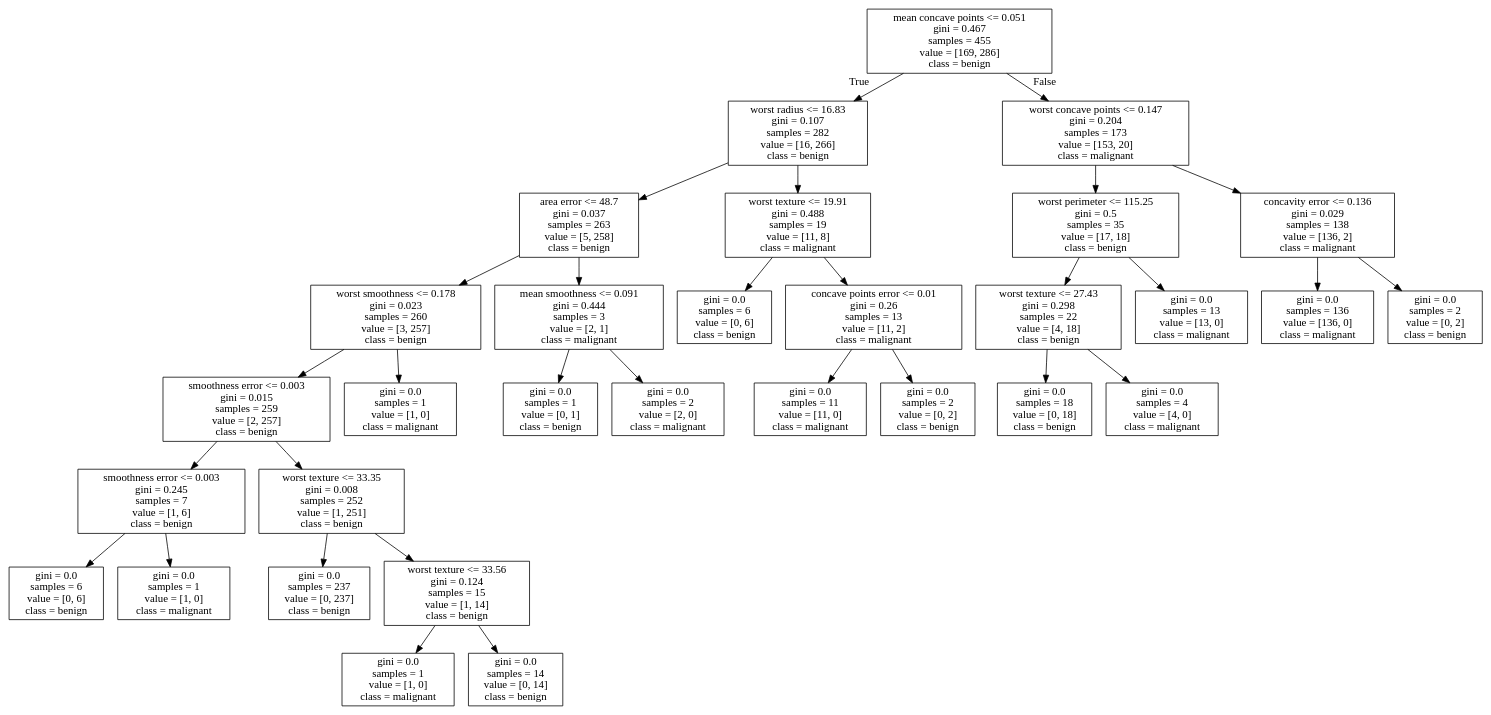
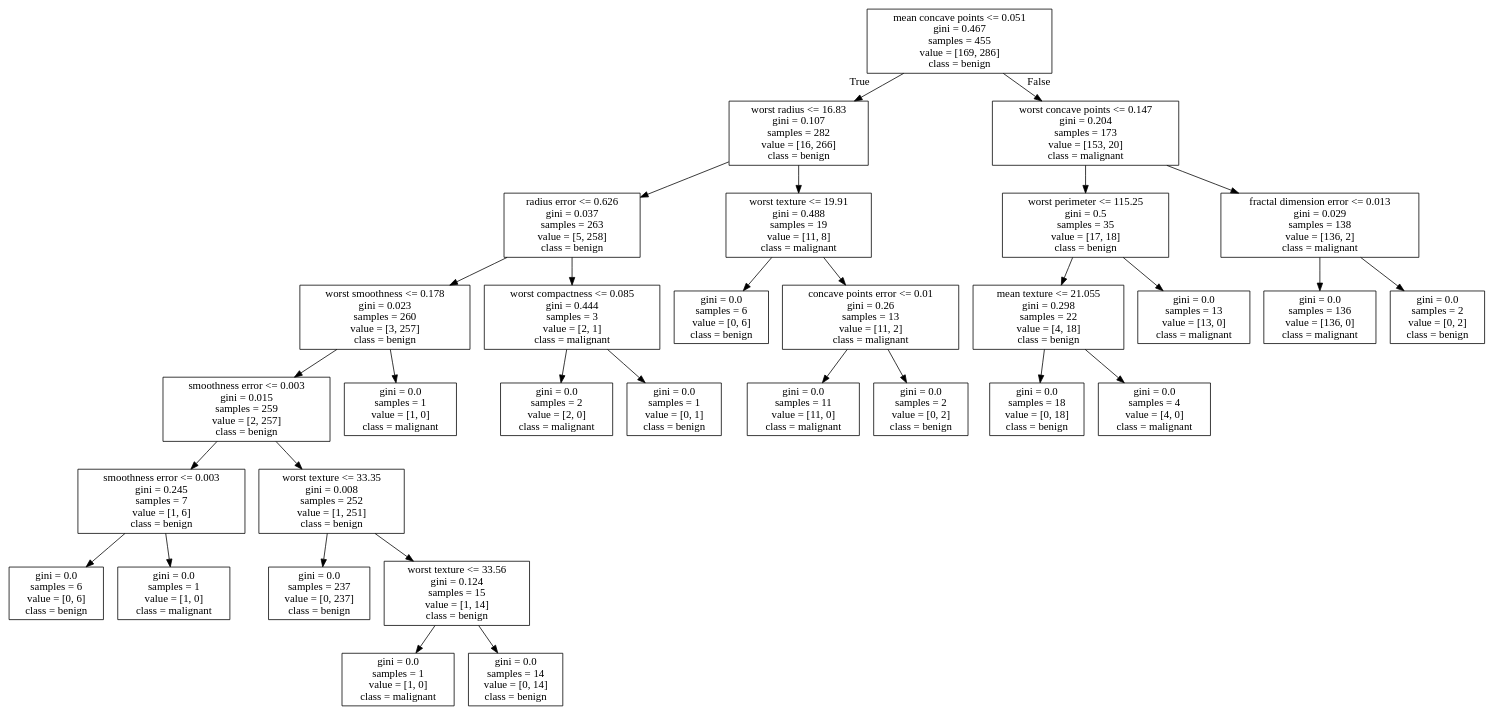
The diagram in lab5/lab5/tree.dot (Edisson-UDA/practicasIA), drawn with Graphviz before and after one commit. The commit also changed 1 other file, not shown here.

```diff
--- a/lab5/lab5/tree.dot
+++ b/lab5/lab5/tree.dot
@@ -1,64 +1,64 @@
 digraph Tree {
 node [shape=box] ;
 0 [label="mean concave points <= 0.051\ngini = 0.467\nsamples = 455\nvalue = [169, 286]\nclass = benign"] ;
 1 [label="worst radius <= 16.83\ngini = 0.107\nsamples = 282\nvalue = [16, 266]\nclass = benign"] ;
 0 -> 1 [labeldistance=2.5, labelangle=45, headlabel="True"] ;
-2 [label="area error <= 48.7\ngini = 0.037\nsamples = 263\nvalue = [5, 258]\nclass = benign"] ;
+2 [label="radius error <= 0.626\ngini = 0.037\nsamples = 263\nvalue = [5, 258]\nclass = benign"] ;
 1 -> 2 ;
 3 [label="worst smoothness <= 0.178\ngini = 0.023\nsamples = 260\nvalue = [3, 257]\nclass = benign"] ;
 2 -> 3 ;
 4 [label="smoothness error <= 0.003\ngini = 0.015\nsamples = 259\nvalue = [2, 257]\nclass = benign"] ;
 3 -> 4 ;
 5 [label="smoothness error <= 0.003\ngini = 0.245\nsamples = 7\nvalue = [1, 6]\nclass = benign"] ;
 4 -> 5 ;
 6 [label="gini = 0.0\nsamples = 6\nvalue = [0, 6]\nclass = benign"] ;
 5 -> 6 ;
 7 [label="gini = 0.0\nsamples = 1\nvalue = [1, 0]\nclass = malignant"] ;
 5 -> 7 ;
 8 [label="worst texture <= 33.35\ngini = 0.008\nsamples = 252\nvalue = [1, 251]\nclass = benign"] ;
 4 -> 8 ;
 9 [label="gini = 0.0\nsamples = 237\nvalue = [0, 237]\nclass = benign"] ;
 8 -> 9 ;
 10 [label="worst texture <= 33.56\ngini = 0.124\nsamples = 15\nvalue = [1, 14]\nclass = benign"] ;
 8 -> 10 ;
 11 [label="gini = 0.0\nsamples = 1\nvalue = [1, 0]\nclass = malignant"] ;
 10 -> 11 ;
 12 [label="gini = 0.0\nsamples = 14\nvalue = [0, 14]\nclass = benign"] ;
 10 -> 12 ;
 13 [label="gini = 0.0\nsamples = 1\nvalue = [1, 0]\nclass = malignant"] ;
 3 -> 13 ;
-14 [label="mean smoothness <= 0.091\ngini = 0.444\nsamples = 3\nvalue = [2, 1]\nclass = malignant"] ;
+14 [label="worst compactness <= 0.085\ngini = 0.444\nsamples = 3\nvalue = [2, 1]\nclass = malignant"] ;
 2 -> 14 ;
-15 [label="gini = 0.0\nsamples = 1\nvalue = [0, 1]\nclass = benign"] ;
+15 [label="gini = 0.0\nsamples = 2\nvalue = [2, 0]\nclass = malignant"] ;
 14 -> 15 ;
-16 [label="gini = 0.0\nsamples = 2\nvalue = [2, 0]\nclass = malignant"] ;
+16 [label="gini = 0.0\nsamples = 1\nvalue = [0, 1]\nclass = benign"] ;
 14 -> 16 ;
 17 [label="worst texture <= 19.91\ngini = 0.488\nsamples = 19\nvalue = [11, 8]\nclass = malignant"] ;
 1 -> 17 ;
 18 [label="gini = 0.0\nsamples = 6\nvalue = [0, 6]\nclass = benign"] ;
 17 -> 18 ;
 19 [label="concave points error <= 0.01\ngini = 0.26\nsamples = 13\nvalue = [11, 2]\nclass = malignant"] ;
 17 -> 19 ;
 20 [label="gini = 0.0\nsamples = 11\nvalue = [11, 0]\nclass = malignant"] ;
 19 -> 20 ;
 21 [label="gini = 0.0\nsamples = 2\nvalue = [0, 2]\nclass = benign"] ;
 19 -> 21 ;
 22 [label="worst concave points <= 0.147\ngini = 0.204\nsamples = 173\nvalue = [153, 20]\nclass = malignant"] ;
 0 -> 22 [labeldistance=2.5, labelangle=-45, headlabel="False"] ;
 23 [label="worst perimeter <= 115.25\ngini = 0.5\nsamples = 35\nvalue = [17, 18]\nclass = benign"] ;
 22 -> 23 ;
-24 [label="worst texture <= 27.43\ngini = 0.298\nsamples = 22\nvalue = [4, 18]\nclass = benign"] ;
+24 [label="mean texture <= 21.055\ngini = 0.298\nsamples = 22\nvalue = [4, 18]\nclass = benign"] ;
 23 -> 24 ;
 25 [label="gini = 0.0\nsamples = 18\nvalue = [0, 18]\nclass = benign"] ;
 24 -> 25 ;
 26 [label="gini = 0.0\nsamples = 4\nvalue = [4, 0]\nclass = malignant"] ;
 24 -> 26 ;
 27 [label="gini = 0.0\nsamples = 13\nvalue = [13, 0]\nclass = malignant"] ;
 23 -> 27 ;
-28 [label="concavity error <= 0.136\ngini = 0.029\nsamples = 138\nvalue = [136, 2]\nclass = malignant"] ;
+28 [label="fractal dimension error <= 0.013\ngini = 0.029\nsamples = 138\nvalue = [136, 2]\nclass = malignant"] ;
 22 -> 28 ;
 29 [label="gini = 0.0\nsamples = 136\nvalue = [136, 0]\nclass = malignant"] ;
 28 -> 29 ;
 30 [label="gini = 0.0\nsamples = 2\nvalue = [0, 2]\nclass = benign"] ;
 28 -> 30 ;
 }
```
